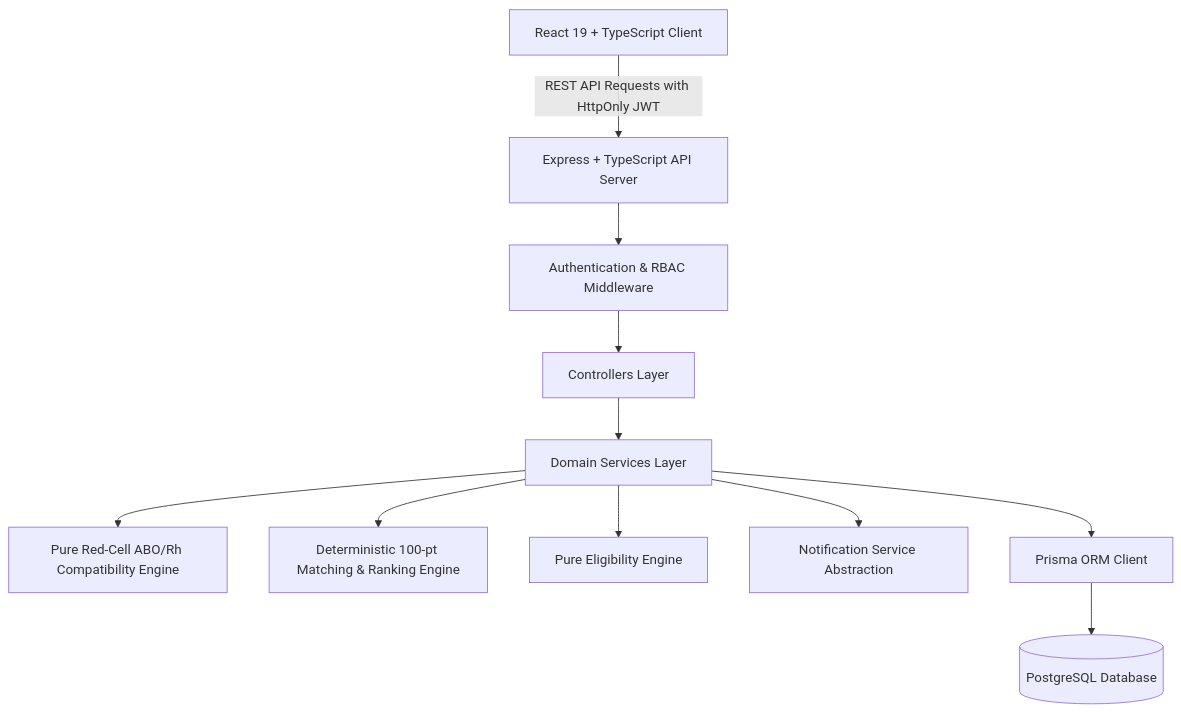
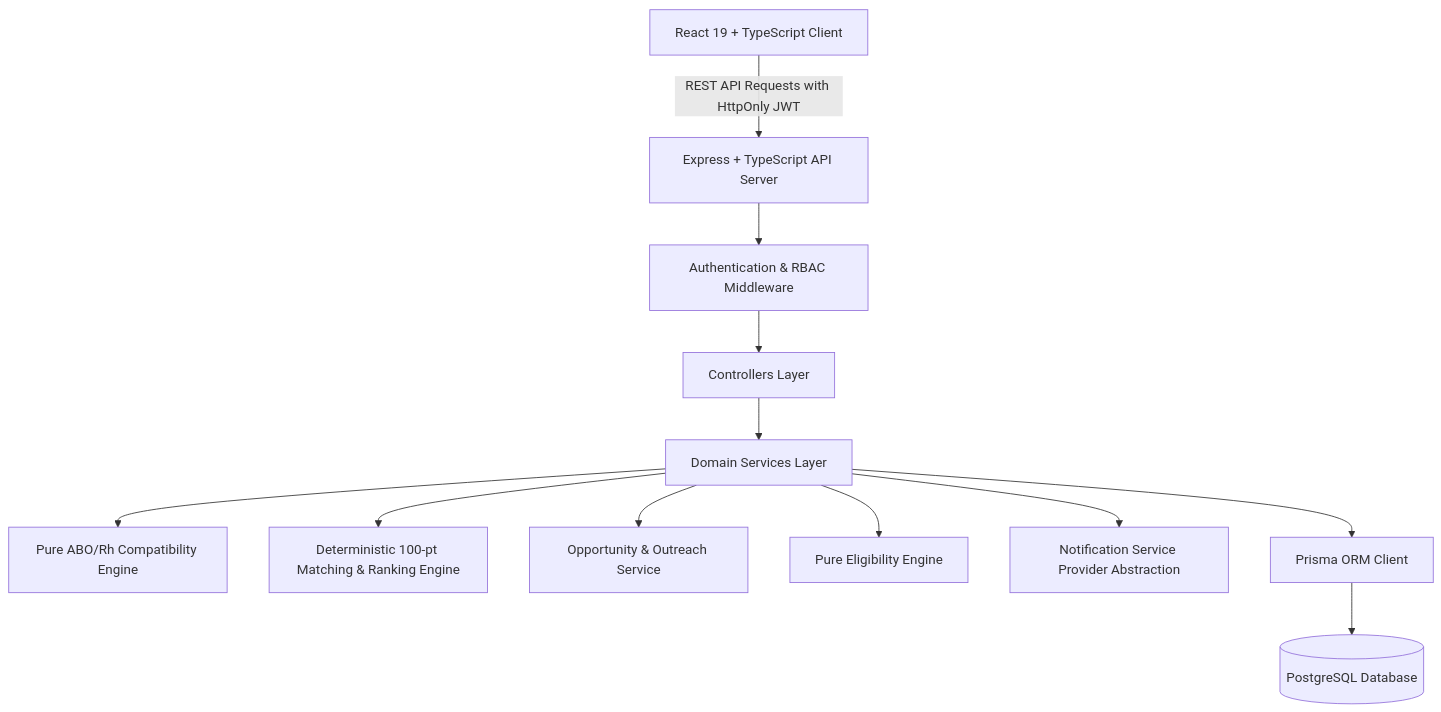
One commit to gomugomucode/blood-donation changed the diagram in README.md. Above: the diagram before and after it, drawn with Mermaid. The commit also changed other lines of this file and 28 other files, not shown here.

````diff
--- a/README.md
+++ b/README.md
@@ -54,13 +62,14 @@
 ```mermaid
 graph TD
     Client[React 19 + TypeScript Client] -->|REST API Requests with HttpOnly JWT| Server[Express + TypeScript API Server]
     Server --> AuthMW[Authentication & RBAC Middleware]
     AuthMW --> Controllers[Controllers Layer]
     Controllers --> Services[Domain Services Layer]
-    Services --> Compatibility[Pure Red-Cell ABO/Rh Compatibility Engine]
+    Services --> Compatibility[Pure ABO/Rh Compatibility Engine]
     Services --> Matching[Deterministic 100-pt Matching & Ranking Engine]
+    Services --> Opportunity[Opportunity & Outreach Service]
     Services --> Eligibility[Pure Eligibility Engine]
-    Services --> Notification[Notification Service Abstraction]
+    Services --> Notification[Notification Service Provider Abstraction]
     Services --> Prisma[Prisma ORM Client]
     Prisma --> Postgres[(PostgreSQL Database)]
 ```
````
